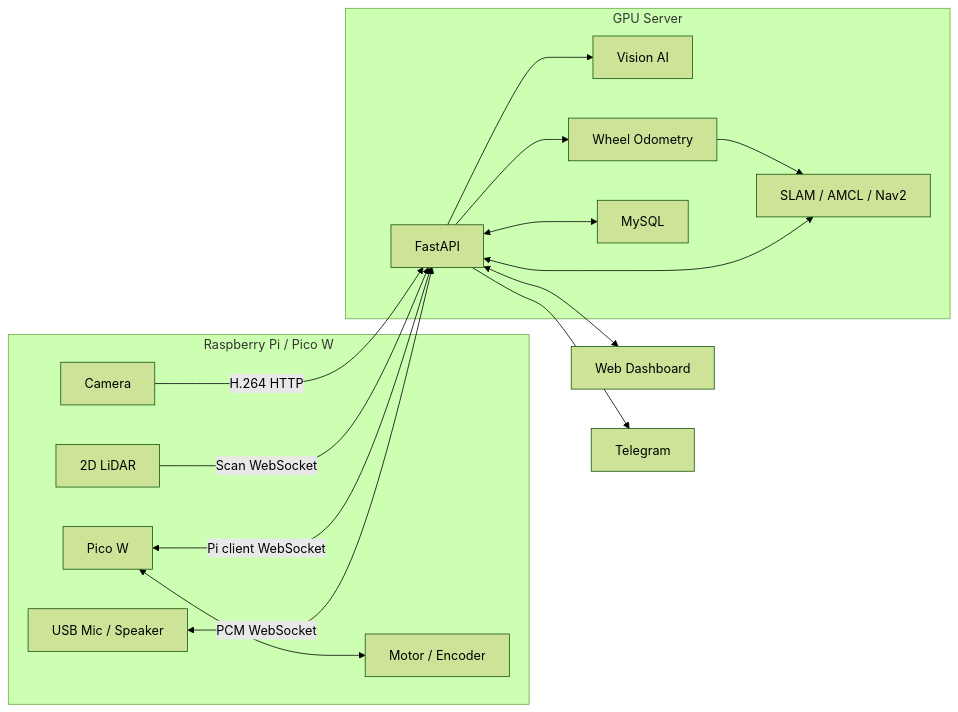
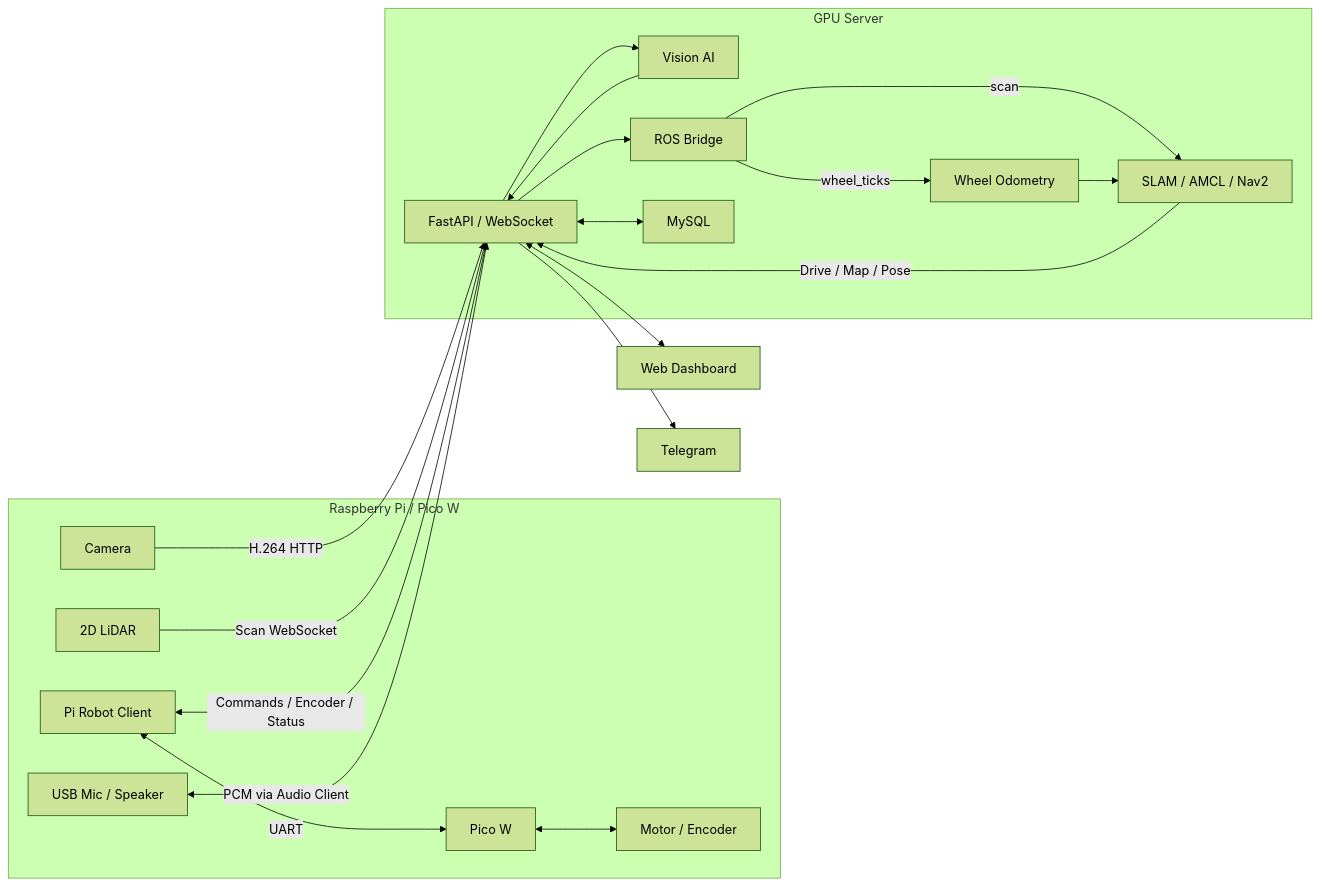
Before and after one commit to jcy9066/dabom_capstone: the first of 3 diagrams in README.md, drawn with Mermaid (forest theme). The commit also changed other lines of this file, not shown here.

````diff
--- a/README.md
+++ b/README.md
@@ -73,29 +107,35 @@
 ```mermaid
 flowchart LR
     subgraph Robot["Raspberry Pi / Pico W"]
         Camera["Camera"]
         LiDAR["2D LiDAR"]
+        Pi["Pi Robot Client"]
         Pico["Pico W"]
         Motor["Motor / Encoder"]
         Audio["USB Mic / Speaker"]
         Pico <--> Motor
+        Pi <-->|UART| Pico
     end
     subgraph GPU["GPU Server"]
-        API["FastAPI"]
+        API["FastAPI / WebSocket"]
         AI["Vision AI"]
+        Bridge["ROS Bridge"]
         Odom["Wheel Odometry"]
         ROS["SLAM / AMCL / Nav2"]
         DB["MySQL"]
         API --> AI
-        API --> Odom
+        AI --> API
+        API --> Bridge
+        Bridge -->|wheel_ticks| Odom
+        Bridge -->|scan| ROS
         Odom --> ROS
-        API <--> ROS
+        ROS -->|Drive / Map / Pose| API
         API <--> DB
     end
     Camera -->|H.264 HTTP| API
     LiDAR -->|Scan WebSocket| API
-    Pico <-->|Pi client WebSocket| API
-    Audio <-->|PCM WebSocket| API
+    Pi <-->|Commands / Encoder / Status| API
+    Audio <-->|PCM via Audio Client| API
     API <--> Web["Web Dashboard"]
     API --> Telegram["Telegram"]
 ```
````
